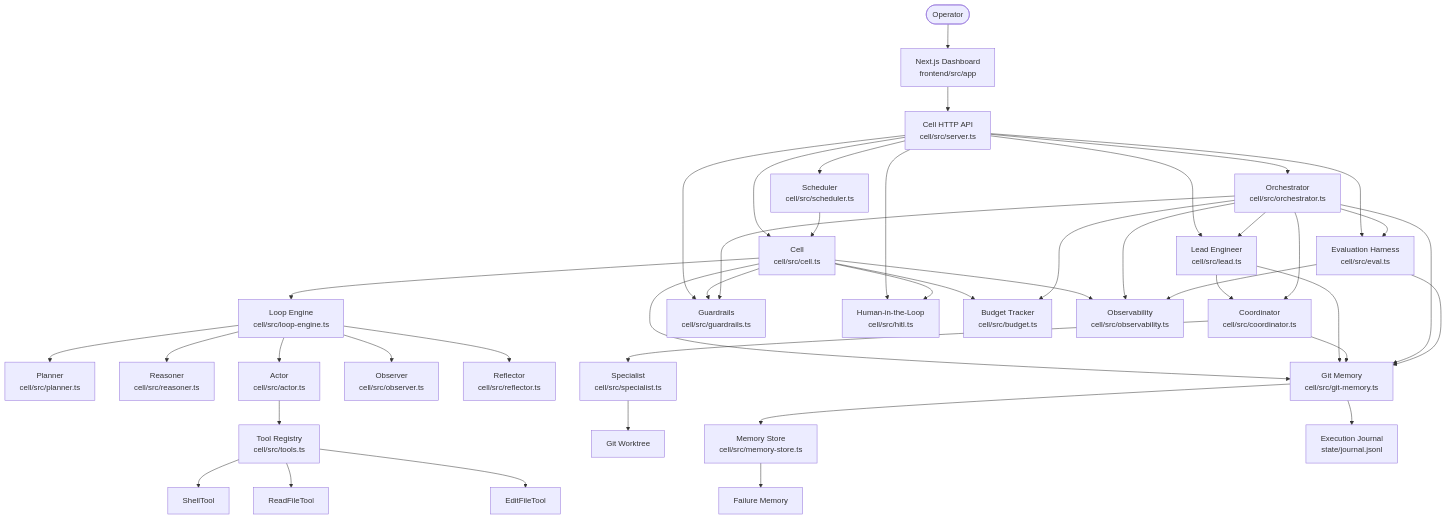
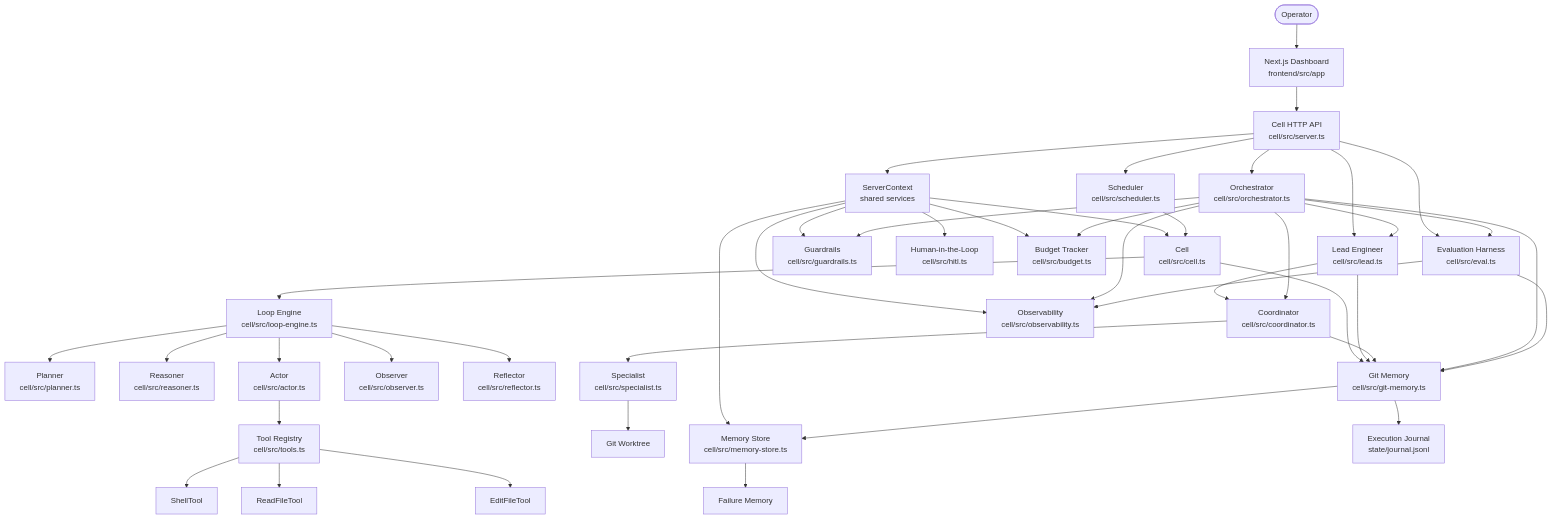
Before and after one commit to rajataijarvis-coder/build-long-running-cell: the first of 10 diagrams in docs/ARCHITECTURE.md, drawn with Mermaid. The commit also changed other lines of this file and 1 other file, not shown here.

Commit message:
docs: document ServerContext and shared services in ARCHITECTURE and CODEBASE_GUIDE

````diff
--- a/docs/ARCHITECTURE.md
+++ b/docs/ARCHITECTURE.md
@@ -7,72 +30,73 @@
 ```mermaid
 graph TD
     Operator([Operator])
     Dashboard[Next.js Dashboard<br/>frontend/src/app]
     CellAPI[Cell HTTP API<br/>cell/src/server.ts]
+    ServerContext[ServerContext<br/>shared services]
     Cell[Cell<br/>cell/src/cell.ts]
     LoopEngine[Loop Engine<br/>cell/src/loop-engine.ts]
     Planner[Planner<br/>cell/src/planner.ts]
     Reasoner[Reasoner<br/>cell/src/reasoner.ts]
     Actor[Actor<br/>cell/src/actor.ts]
     Observer[Observer<br/>cell/src/observer.ts]
     Reflector[Reflector<br/>cell/src/reflector.ts]
     ToolRegistry[Tool Registry<br/>cell/src/tools.ts]
     LeadEngineer[Lead Engineer<br/>cell/src/lead.ts]
     Coordinator[Coordinator<br/>cell/src/coordinator.ts]
     Specialist[Specialist<br/>cell/src/specialist.ts]
     Worktree[Git Worktree]
     GitMemory[Git Memory<br/>cell/src/git-memory.ts]
     FailureMemory[Failure Memory]
     MemoryStore[Memory Store<br/>cell/src/memory-store.ts]
     Scheduler[Scheduler<br/>cell/src/scheduler.ts]
     Guardrails[Guardrails<br/>cell/src/guardrails.ts]
     HITL[Human-in-the-Loop<br/>cell/src/hitl.ts]
     Budget[Budget Tracker<br/>cell/src/budget.ts]
     Observability[Observability<br/>cell/src/observability.ts]
     Orchestrator[Orchestrator<br/>cell/src/orchestrator.ts]
     EvalHarness[Evaluation Harness<br/>cell/src/eval.ts]
     Journal[Execution Journal<br/>state/journal.jsonl]
 
     Operator --> Dashboard
     Dashboard --> CellAPI
-    CellAPI --> Cell
+    CellAPI --> ServerContext
+    ServerContext --> Cell
+    ServerContext --> Guardrails
+    ServerContext --> HITL
+    ServerContext --> Budget
+    ServerContext --> Observability
+    ServerContext --> MemoryStore
     CellAPI --> LeadEngineer
     CellAPI --> Orchestrator
     CellAPI --> Scheduler
-    CellAPI --> Guardrails
-    CellAPI --> HITL
     CellAPI --> EvalHarness
     Cell --> LoopEngine
     LoopEngine --> Planner
     LoopEngine --> Reasoner
     LoopEngine --> Actor
     LoopEngine --> Observer
     LoopEngine --> Reflector
     Actor --> ToolRegistry
     ToolRegistry --> ShellTool
     ToolRegistry --> ReadFileTool
     ToolRegistry --> EditFileTool
     LeadEngineer --> Coordinator
     Coordinator --> Specialist
     Specialist --> Worktree
     Cell --> GitMemory
     LeadEngineer --> GitMemory
     Coordinator --> GitMemory
     Orchestrator --> GitMemory
     EvalHarness --> GitMemory
     GitMemory --> Journal
     GitMemory --> MemoryStore
     MemoryStore --> FailureMemory
     Scheduler --> Cell
-    Cell --> Guardrails
-    Cell --> HITL
-    Cell --> Budget
-    Cell --> Observability
     Orchestrator --> LeadEngineer
     Orchestrator --> Coordinator
     Orchestrator --> Guardrails
     Orchestrator --> Budget
     Orchestrator --> Observability
     Orchestrator --> EvalHarness
     EvalHarness --> Observability
 ```
````
